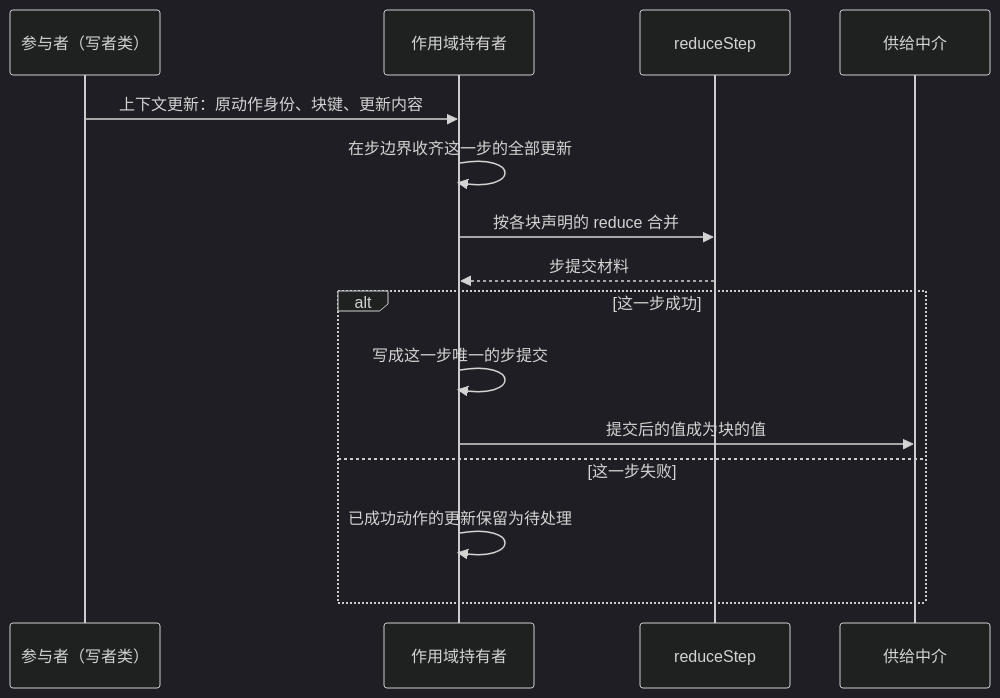
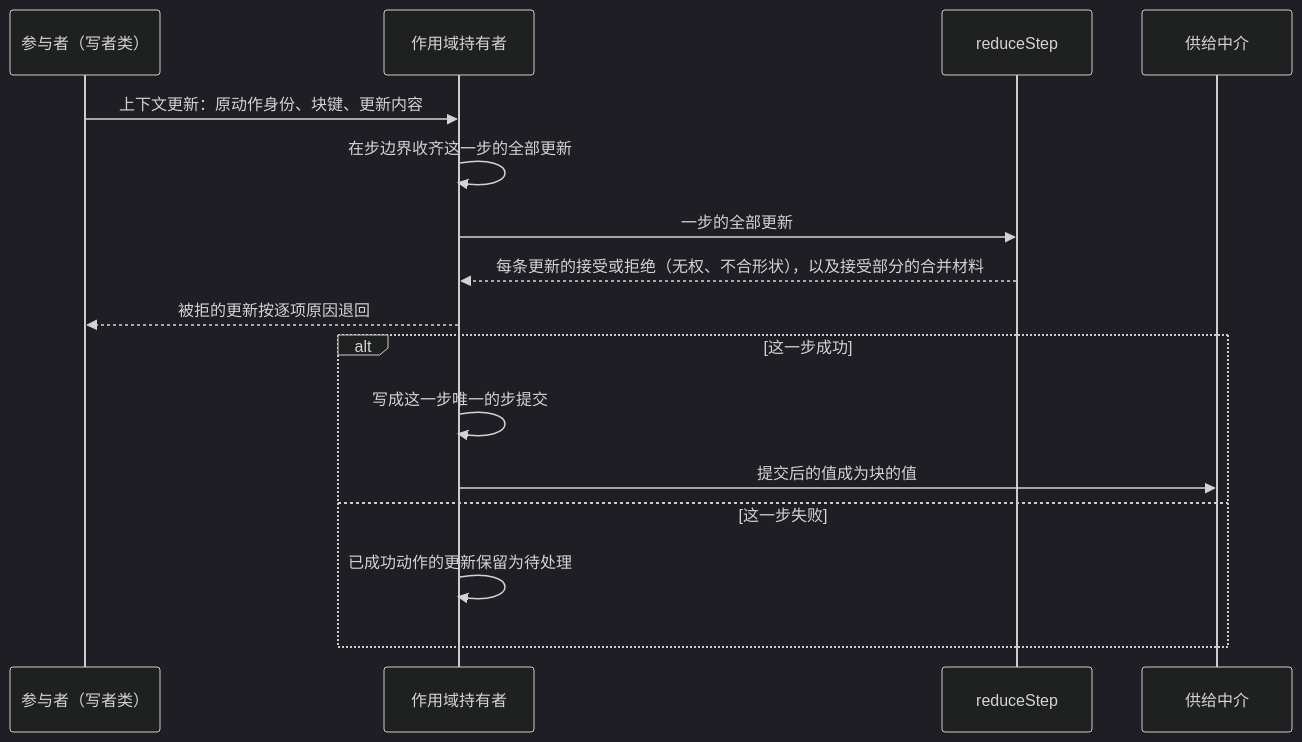
Before and after one commit to nemori-ai/omne-harness-lite: the seventh of 8 diagrams in packages/context/runtime-context-contract/docs/flows.md, drawn with Mermaid (dark theme). The commit also changed other lines of this file and 43 other files, not shown here.

````diff
--- a/packages/context/runtime-context-contract/docs/flows.md
+++ b/packages/context/runtime-context-contract/docs/flows.md
@@ -198,17 +205,18 @@
 ```mermaid
 sequenceDiagram
   participant W as 参与者（写者类）
   participant H as 作用域持有者
   participant F as reduceStep
   participant M as 供给中介
   W->>H: 上下文更新：原动作身份、块键、更新内容
   H->>H: 在步边界收齐这一步的全部更新
-  H->>F: 按各块声明的 reduce 合并
-  F-->>H: 步提交材料
+  H->>F: 一步的全部更新
+  F-->>H: 每条更新的接受或拒绝（无权、不合形状），以及接受部分的合并材料
+  H-->>W: 被拒的更新按逐项原因退回
   alt 这一步成功
     H->>H: 写成这一步唯一的步提交
     H->>M: 提交后的值成为块的值
   else 这一步失败
     H->>H: 已成功动作的更新保留为待处理
   end
 ```
````
